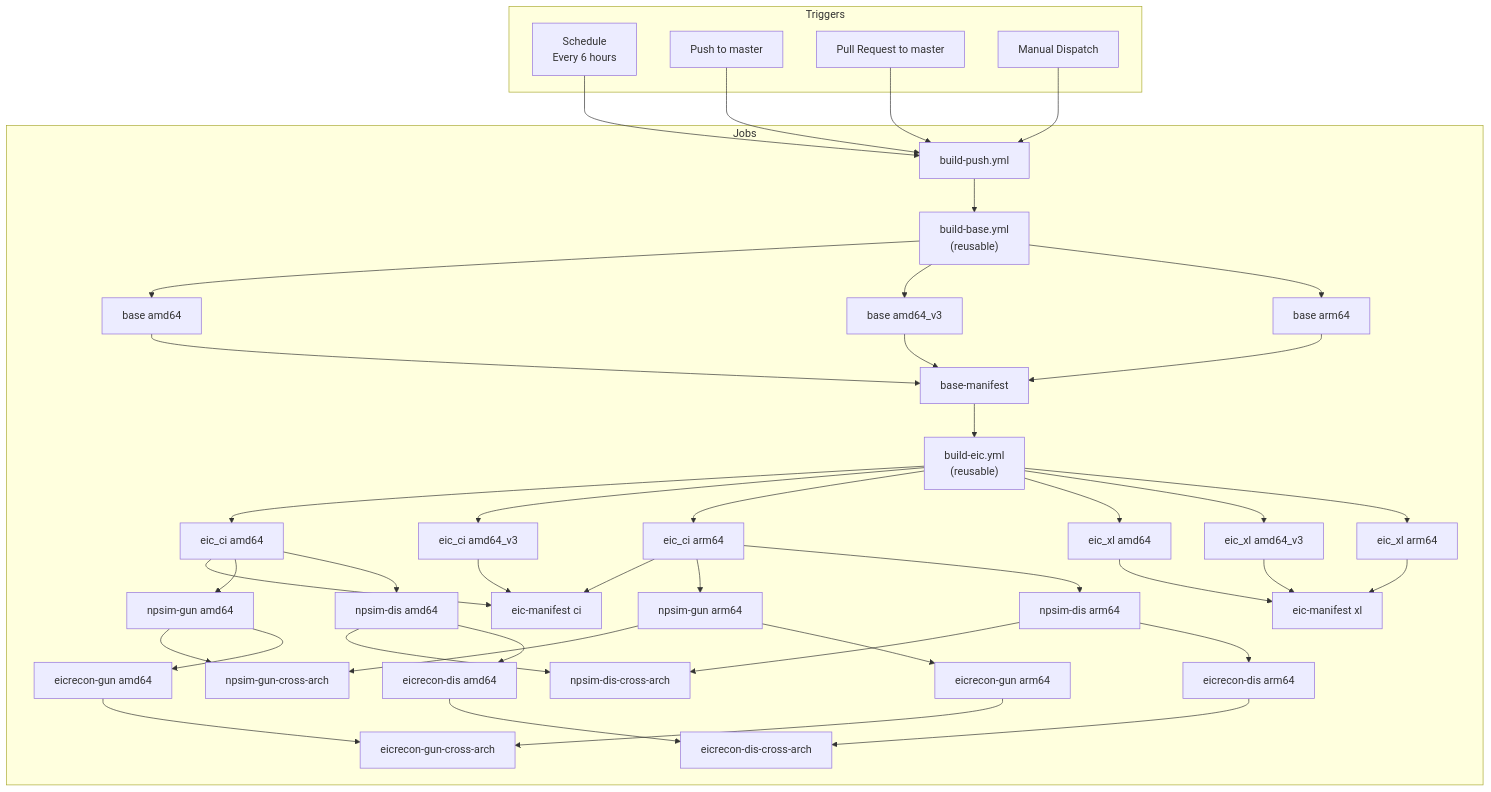
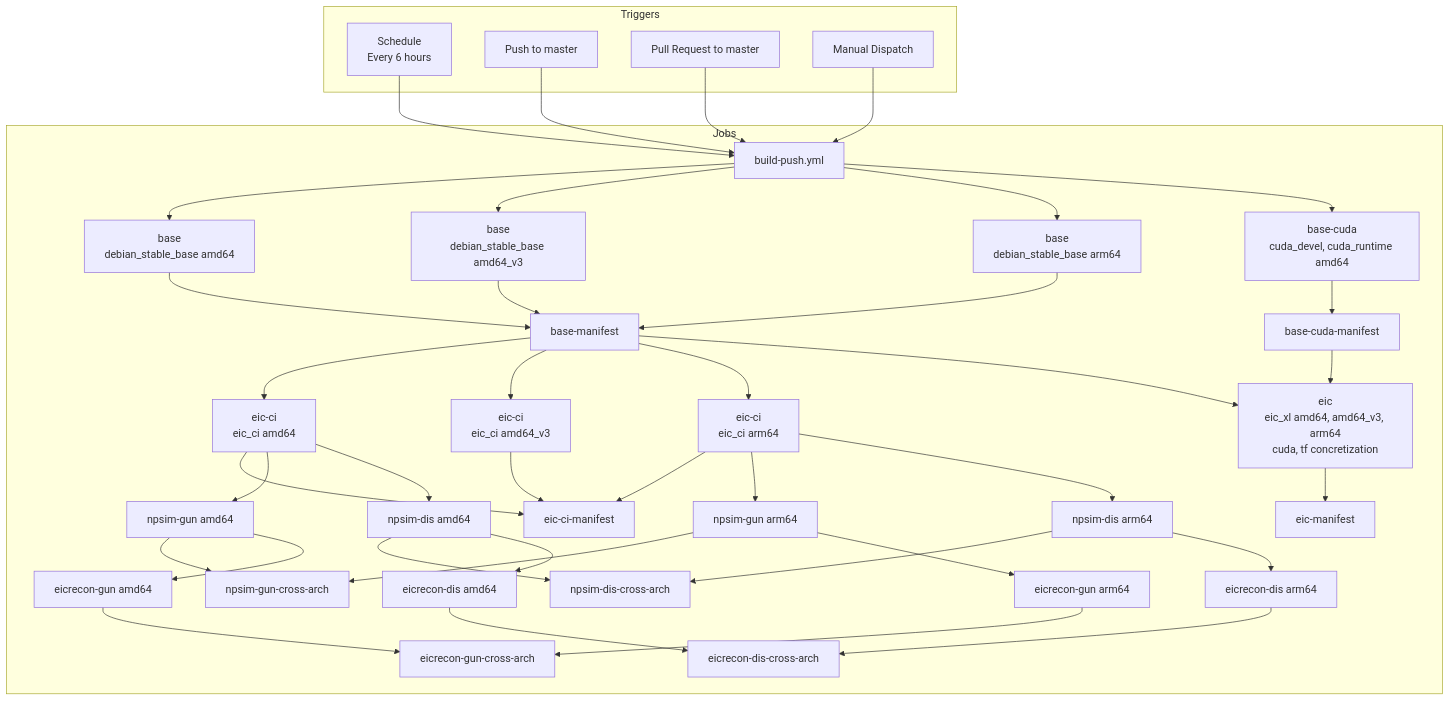
Before and after one commit to eic/containers: the first of 4 diagrams in docs/build-pipeline.md, drawn with Mermaid. The commit also changed other lines of this file and 3 other files, not shown here.

First line of the commit message:
ci: split eic_ci critical path, same base/manifest jobs on GitHub and GitLab (#479)

````diff
--- a/docs/build-pipeline.md
+++ b/docs/build-pipeline.md
@@ -16,45 +16,43 @@
 ```mermaid
 flowchart TB
     subgraph "Triggers"
         T1[Schedule<br/>Every 6 hours]
         T2[Push to master]
         T3[Pull Request to master]
         T4[Manual Dispatch]
     end
 
     T1 & T2 & T3 & T4 --> W[build-push.yml]
 
     subgraph "Jobs"
-        W --> RB["build-base.yml<br/>(reusable)"]
-        RB --> B1[base amd64]
-        RB --> B0[base amd64_v3]
-        RB --> B2[base arm64]
+        W --> B1[base<br/>debian_stable_base amd64]
+        W --> B0[base<br/>debian_stable_base amd64_v3]
+        W --> B2[base<br/>debian_stable_base arm64]
+        W --> BC[base-cuda<br/>cuda_devel, cuda_runtime amd64]
         B1 & B0 & B2 --> BM[base-manifest]
-        BM --> RE["build-eic.yml<br/>(reusable)"]
-        RE --> E1[eic_ci amd64]
-        RE --> E0[eic_ci amd64_v3]
-        RE --> E2[eic_ci arm64]
-        RE --> E3[eic_xl amd64]
-        RE --> E5[eic_xl amd64_v3]
-        RE --> E4[eic_xl arm64]
-        E1 & E0 & E2 --> EM1[eic-manifest ci]
-        E3 & E5 & E4 --> EM2[eic-manifest xl]
+        BC --> BCM[base-cuda-manifest]
+        BM --> E1[eic-ci<br/>eic_ci amd64]
+        BM --> E0[eic-ci<br/>eic_ci amd64_v3]
+        BM --> E2[eic-ci<br/>eic_ci arm64]
+        E1 & E0 & E2 --> ECM[eic-ci-manifest]
+        BM & BCM --> E3[eic<br/>eic_xl amd64, amd64_v3, arm64<br/>cuda, tf concretization]
+        E3 --> EM[eic-manifest]
 
         %% Parallel smoke test execution
         E1 --> N1[npsim-gun amd64]
         E2 --> N2[npsim-gun arm64]
         E1 --> D1[npsim-dis amd64]
         E2 --> D2[npsim-dis arm64]
 
         N1 & N2 --> NC[npsim-gun-cross-arch]
         D1 & D2 --> DC[npsim-dis-cross-arch]
 
         N1 --> R1[eicrecon-gun amd64]
         N2 --> R2[eicrecon-gun arm64]
         D1 --> RD1[eicrecon-dis amd64]
         D2 --> RD2[eicrecon-dis arm64]
 
         R1 & R2 --> RC[eicrecon-gun-cross-arch]
         RD1 & RD2 --> RDC[eicrecon-dis-cross-arch]
     end
 ```
````
